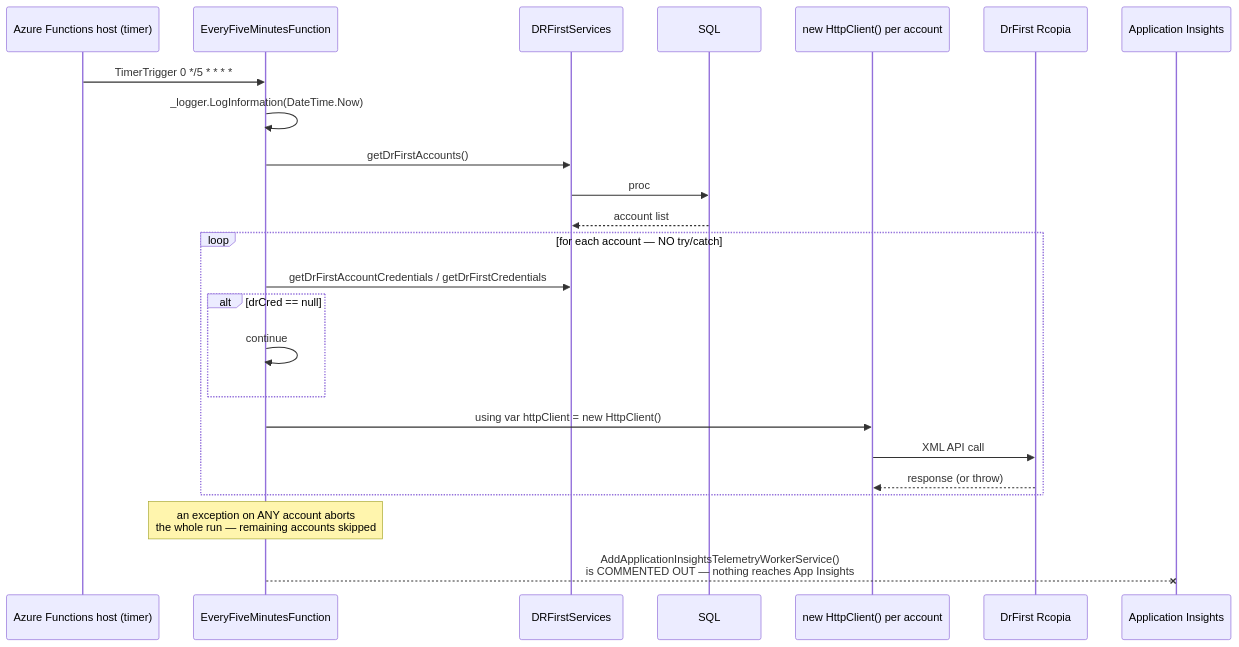
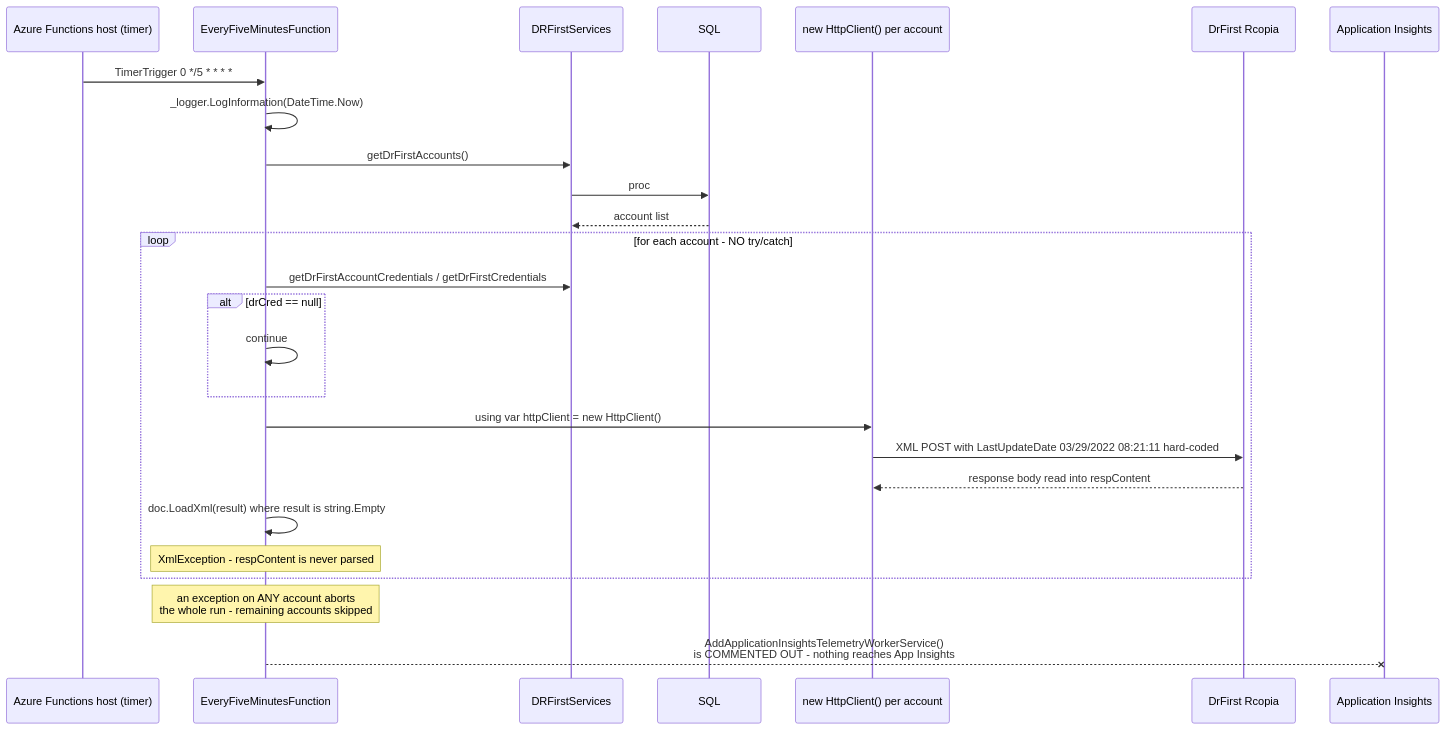
Before and after one commit to hemsingh-3PG/sai-systems-AIRE: the first of 5 diagrams in docs/architecture/current/08-background-processing-deep-dive.md, drawn with Mermaid. The commit also changed other lines of this file and 285 other files, not shown here.

````diff
--- a/docs/architecture/current/08-background-processing-deep-dive.md
+++ b/docs/architecture/current/08-background-processing-deep-dive.md
@@ -57,27 +84,29 @@
 ```mermaid
 sequenceDiagram
   participant T as Azure Functions host (timer)
   participant F as EveryFiveMinutesFunction
   participant S as DRFirstServices
   participant DB as SQL
   participant HC as new HttpClient() per account
   participant DF as DrFirst Rcopia
   participant AI as Application Insights
 
   T->>F: TimerTrigger 0 */5 * * * *
   F->>F: _logger.LogInformation(DateTime.Now)
   F->>S: getDrFirstAccounts()
   S->>DB: proc
   DB-->>S: account list
-  loop for each account — NO try/catch
+  loop for each account - NO try/catch
     F->>S: getDrFirstAccountCredentials / getDrFirstCredentials
     alt drCred == null
       F->>F: continue
     end
     F->>HC: using var httpClient = new HttpClient()
-    HC->>DF: XML API call
-    DF-->>HC: response (or throw)
+    HC->>DF: XML POST with LastUpdateDate 03/29/2022 08:21:11 hard-coded
+    DF-->>HC: response body read into respContent
+    F->>F: doc.LoadXml(result) where result is string.Empty
+    Note over F: XmlException - respContent is never parsed
   end
-  Note over F: an exception on ANY account aborts<br/>the whole run — remaining accounts skipped
-  F--xAI: AddApplicationInsightsTelemetryWorkerService()<br/>is COMMENTED OUT — nothing reaches App Insights
+  Note over F: an exception on ANY account aborts<br/>the whole run - remaining accounts skipped
+  F--xAI: AddApplicationInsightsTelemetryWorkerService()<br/>is COMMENTED OUT - nothing reaches App Insights
 ```
````
